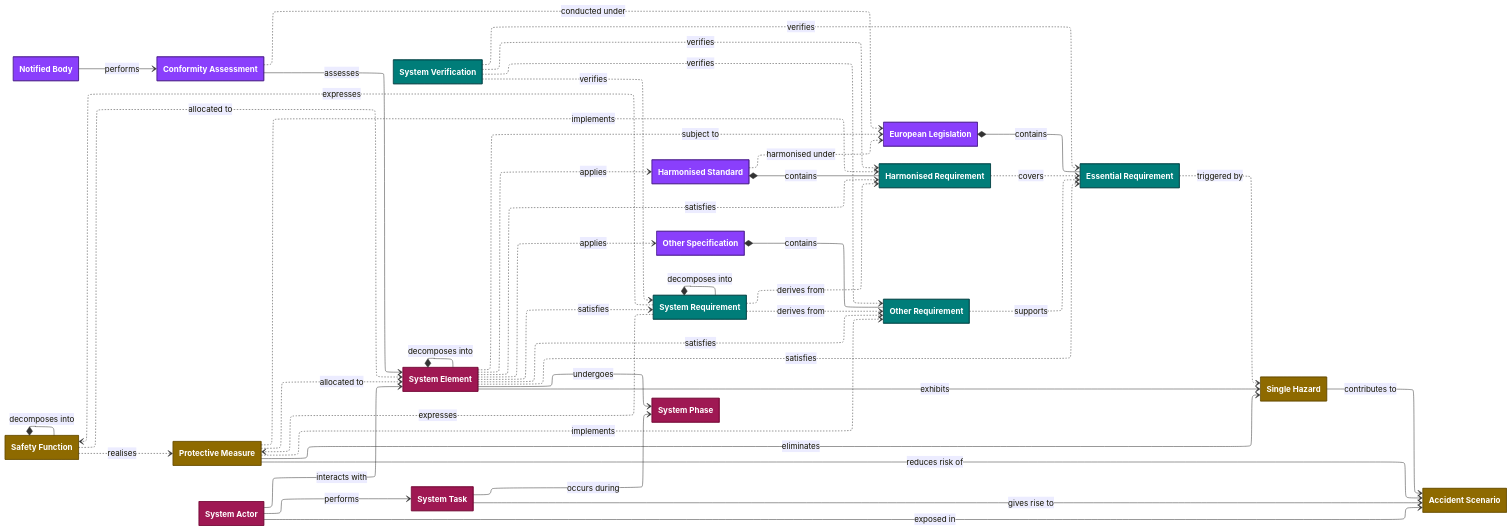
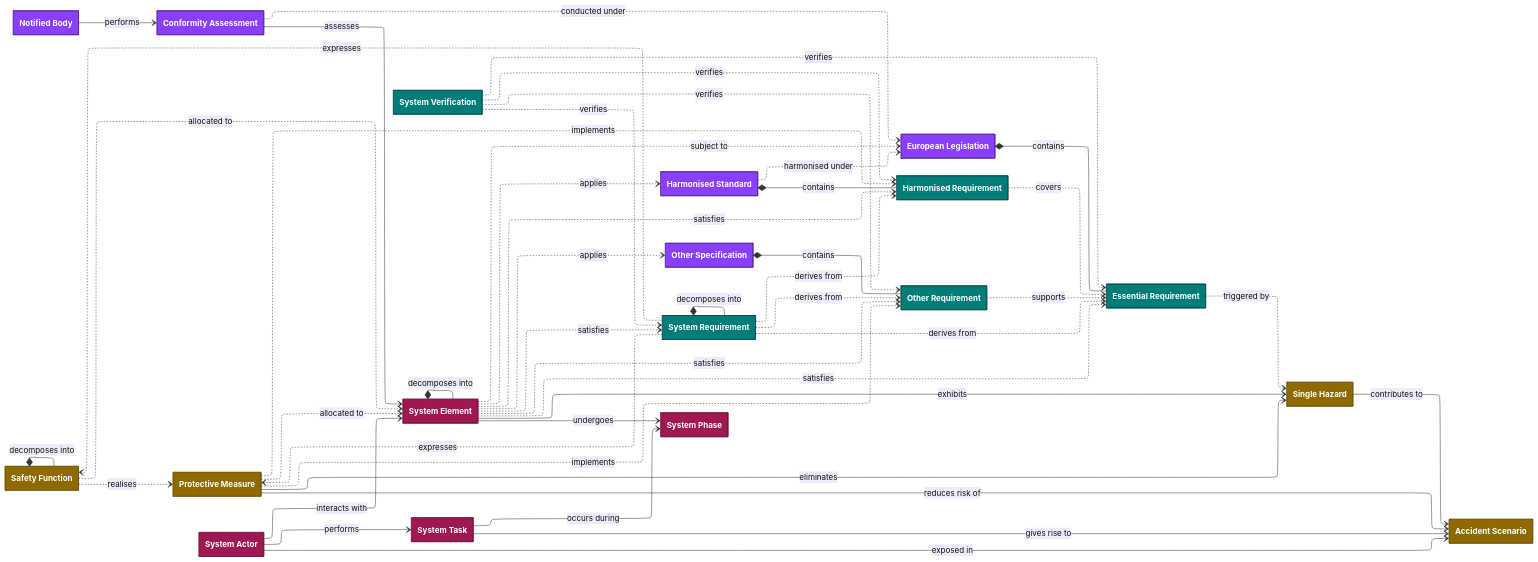
Before and after one commit to omxnt/openconformity: the diagram in docs/metamodel.md, drawn with Mermaid.

Commit message:
Add derivation from essential requirements

```diff
--- a/docs/metamodel.md
+++ b/docs/metamodel.md
@@ -44,6 +44,7 @@
 HSR ..> ESR : covers
 OSR ..> ESR : supports
 ESR ..> HAZ : triggered by
+REQ ..> ESR : derives from
 REQ ..> HSR : derives from
 REQ ..> OSR : derives from
 REQ ..> PRM : expresses
```
